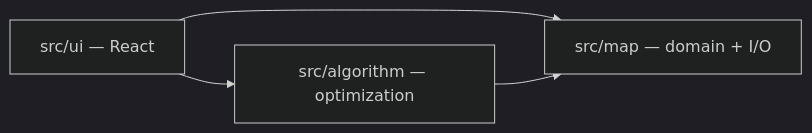
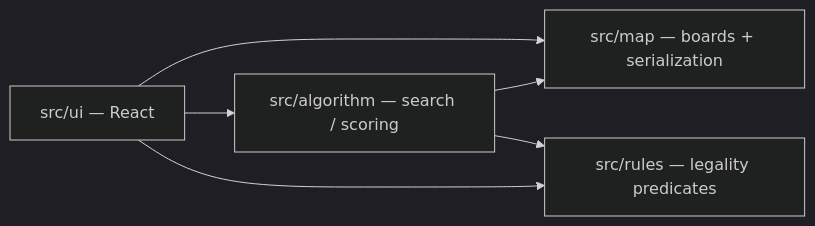
One commit to NonerDude/city-blockz-map-optimizer changed the diagram in docs/ARCHITECTURE.md. Above: the diagram before and after it, drawn with Mermaid (dark theme). The commit also changed other lines of this file and 18 other files, not shown here.

Commit message:
Capture domain constraints: boards with holes, rules layer, multi-map saves

````diff
--- a/docs/ARCHITECTURE.md
+++ b/docs/ARCHITECTURE.md
@@ -5,9 +7,12 @@
 ```mermaid
 flowchart LR
   UI["src/ui — React"]
-  MAP["src/map — domain + I/O"]
-  ALG["src/algorithm — optimization"]
+  MAP["src/map — boards + serialization"]
+  RULES["src/rules — legality predicates"]
+  ALG["src/algorithm — search / scoring"]
   UI --> MAP
   UI --> ALG
+  UI --> RULES
   ALG --> MAP
+  ALG --> RULES
 ```
````
